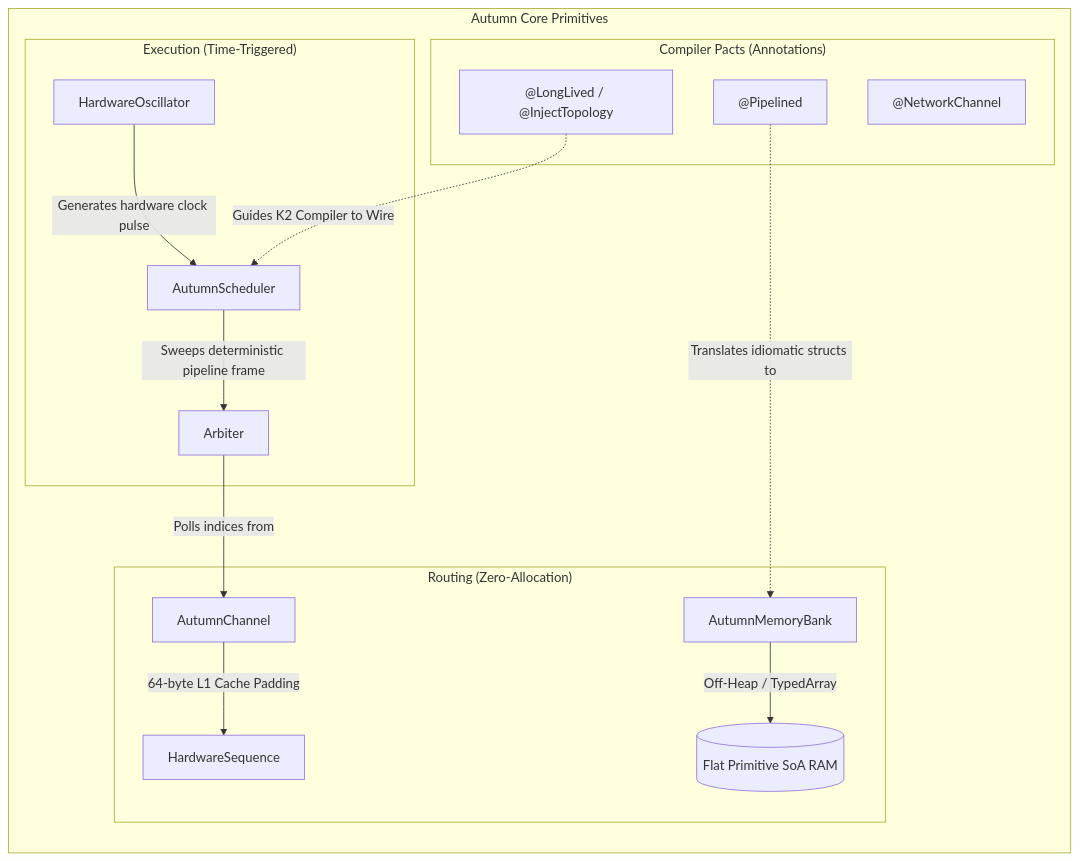
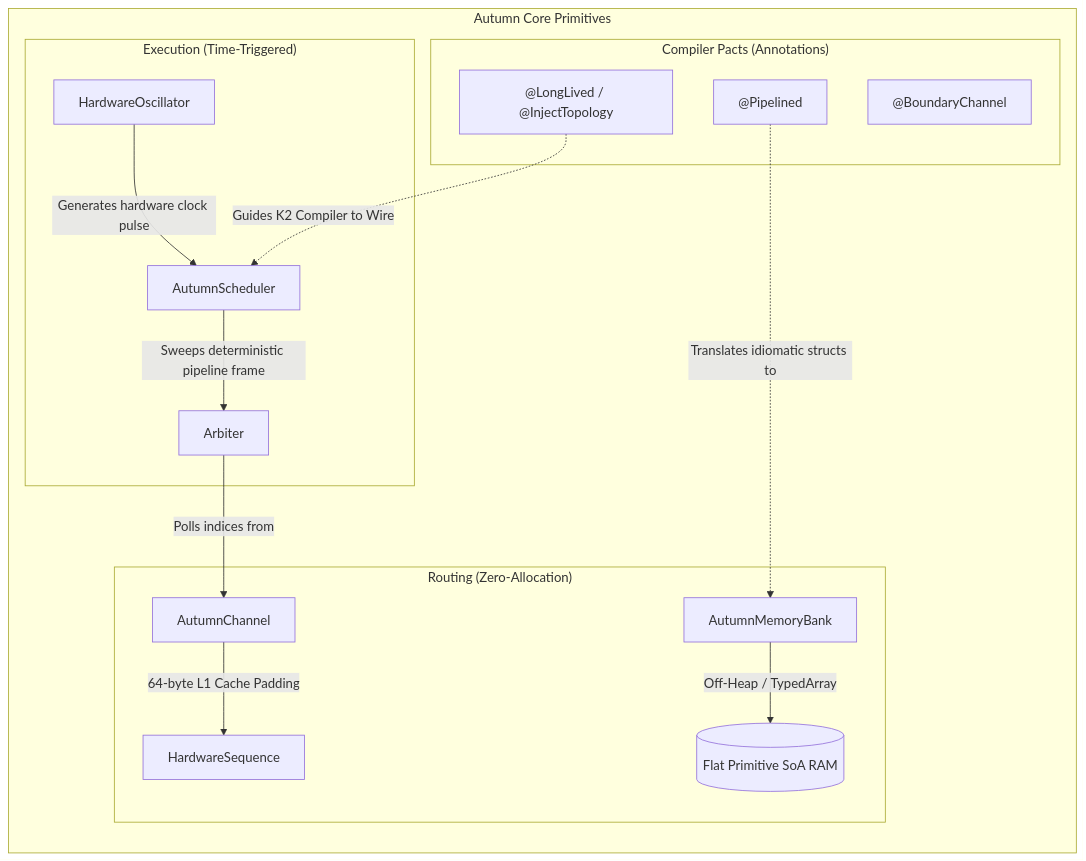
The diagram in autumn-core/README.md (alchevrier/autumn), drawn with Mermaid before and after one commit. The commit also changed other lines of this file and 20 other files, not shown here.

Commit message:
refactor: rename NetworkChannel to BoundaryChannel matching thermal dynamics taxonomy

````diff
--- a/autumn-core/README.md
+++ b/autumn-core/README.md
@@ -7,26 +7,26 @@
 ```mermaid
 graph TD
     subgraph autumn-core [Autumn Core Primitives]
         direction TB
         
         subgraph Pacts ["Compiler Pacts (Annotations)"]
             A1["@Pipelined"]
-            A2["@NetworkChannel"]
+            A2["@BoundaryChannel"]
             A3["@LongLived / @InjectTopology"]
         end
         
         subgraph Exec ["Execution (Time-Triggered)"]
             E1[HardwareOscillator] -->|Generates hardware clock pulse| E2[AutumnScheduler]
             E2 -->|Sweeps deterministic pipeline frame| E3[Arbiter]
         end
         
         subgraph Memory ["Routing (Zero-Allocation)"]
             M1[AutumnChannel] -->|64-byte L1 Cache Padding| M2[HardwareSequence]
             E3 -->|Polls indices from| M1
             M3[AutumnMemoryBank] -->|Off-Heap / TypedArray| M4[(Flat Primitive SoA RAM)]
         end
     end
     
     A3 -.->|Guides K2 Compiler to Wire| E2
     A1 -.->|Translates idiomatic structs to| M3
 ```
````
